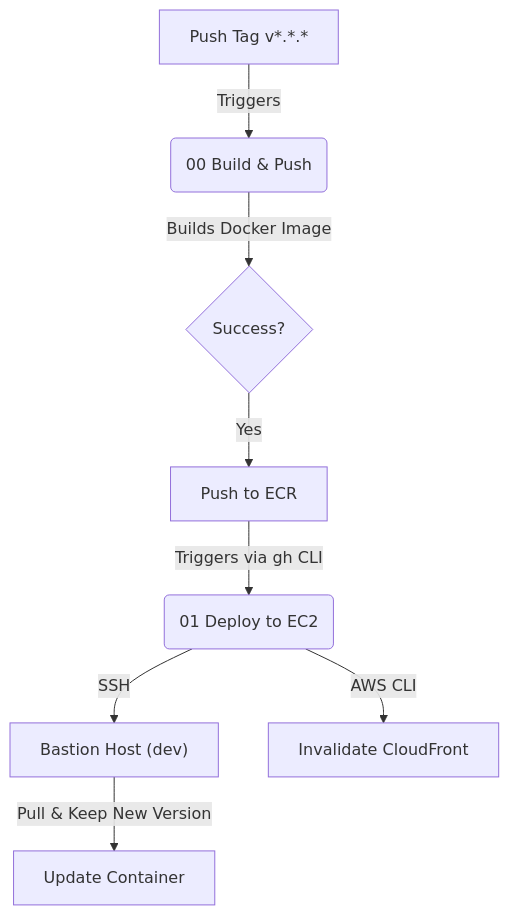
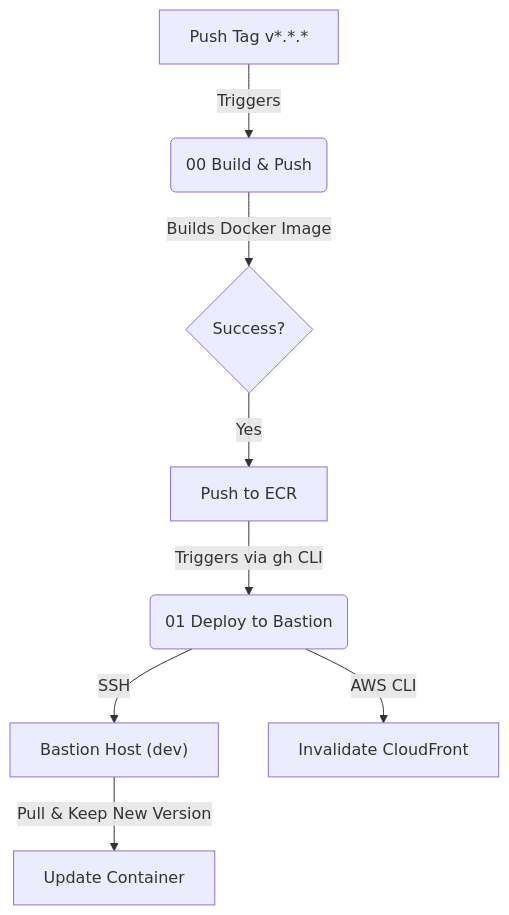
One commit to agevega/agevega.com changed the diagram in .github/workflows/README.md. Above: the diagram before and after it, drawn with Mermaid. The commit also changed other lines of this file and 1 other file, not shown here.

````diff
--- a/.github/workflows/README.md
+++ b/.github/workflows/README.md
@@ -9,10 +9,10 @@
 ```mermaid
 graph TD;
     A[Push Tag v*.*.*] -->|Triggers| B(00 Build & Push);
     B -->|Builds Docker Image| C{Success?};
     C -->|Yes| D[Push to ECR];
-    D -->|Triggers via gh CLI| E(01 Deploy to EC2);
+    D -->|Triggers via gh CLI| E(01 Deploy to Bastion);
     E -->|SSH| F["Bastion Host (dev)"];
     F -->|Pull & Keep New Version| G[Update Container];
     E -->|AWS CLI| H[Invalidate CloudFront];
 ```
````
